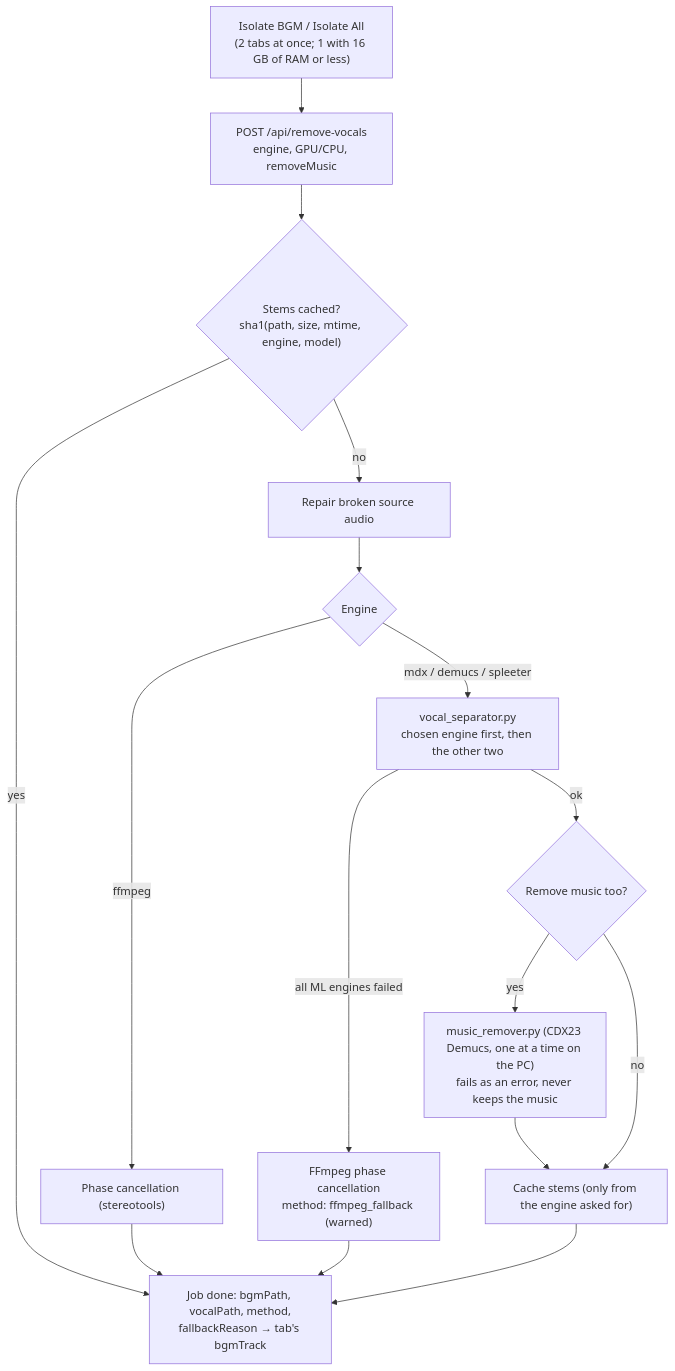
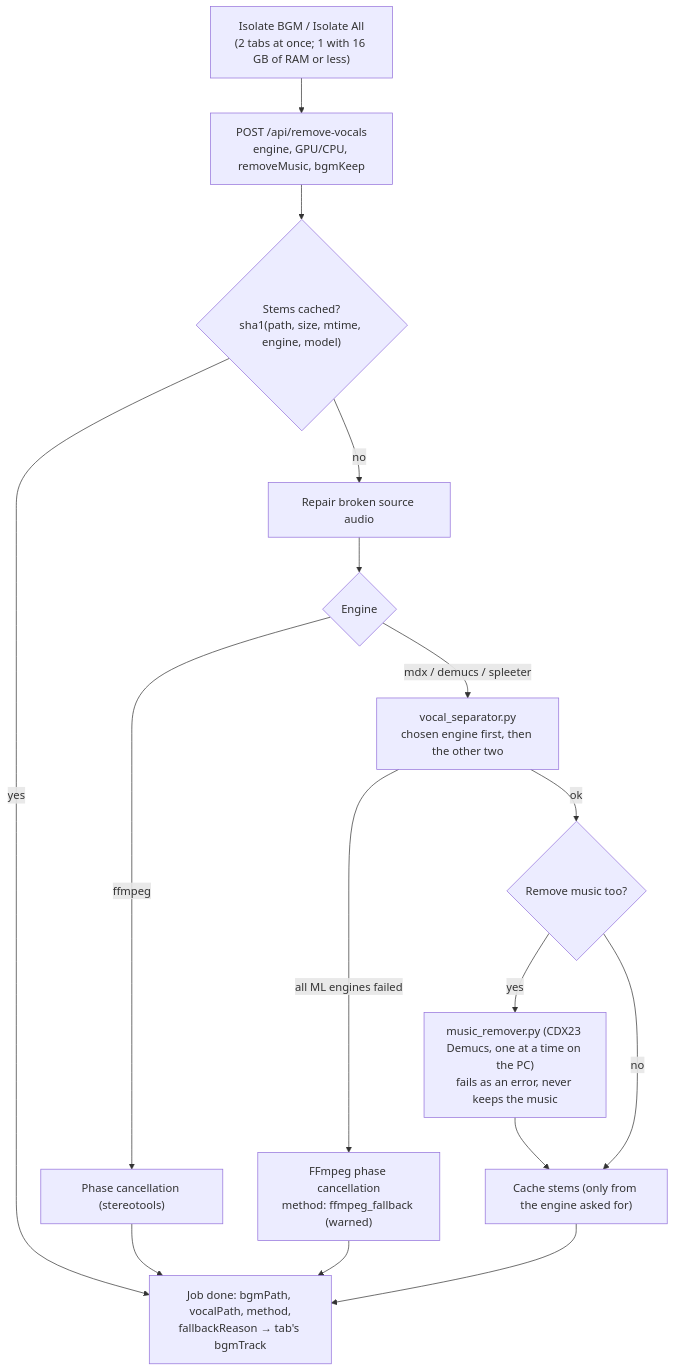
One commit to chhordalim14/dr-dubber changed the tenth of 14 diagrams in docs/ARCHITECTURE.md. Above: the diagram before and after it, drawn with Mermaid. The commit also changed other lines of this file and 7 other files, not shown here.

First line of the commit message:
feat(bgm): Remove music can keep only the music instead of the sound effects

````diff
--- a/docs/ARCHITECTURE.md
+++ b/docs/ARCHITECTURE.md
@@ -652,18 +652,18 @@
 ```mermaid
 flowchart TD
-    A["Isolate BGM / Isolate All<br/>(2 tabs at once; 1 with 16 GB of RAM or less)"] --> B["POST /api/remove-vocals<br/>engine, GPU/CPU, removeMusic"]
+    A["Isolate BGM / Isolate All<br/>(2 tabs at once; 1 with 16 GB of RAM or less)"] --> B["POST /api/remove-vocals<br/>engine, GPU/CPU, removeMusic, bgmKeep"]
     B --> C{"Stems cached?<br/>sha1(path, size, mtime, engine, model)"}
     C -- yes --> DONE
     C -- no --> R["Repair broken source audio"]
     R --> E{Engine}
     E -- ffmpeg --> FF["Phase cancellation (stereotools)"]
     E -- "mdx / demucs / spleeter" --> V["vocal_separator.py<br/>chosen engine first, then the other two"]
     V -- "all ML engines failed" --> FB["FFmpeg phase cancellation<br/>method: ffmpeg_fallback (warned)"]
     V -- ok --> MR{"Remove music too?"}
     MR -- yes --> CDX["music_remover.py (CDX23 Demucs, one at a time on the PC)<br/>fails as an error, never keeps the music"]
     MR -- no --> CA
     CDX --> CA["Cache stems (only from the engine asked for)"]
     CA --> DONE["Job done: bgmPath, vocalPath, method,<br/>fallbackReason → tab's bgmTrack"]
     FF --> DONE
     FB --> DONE
 ```
````
